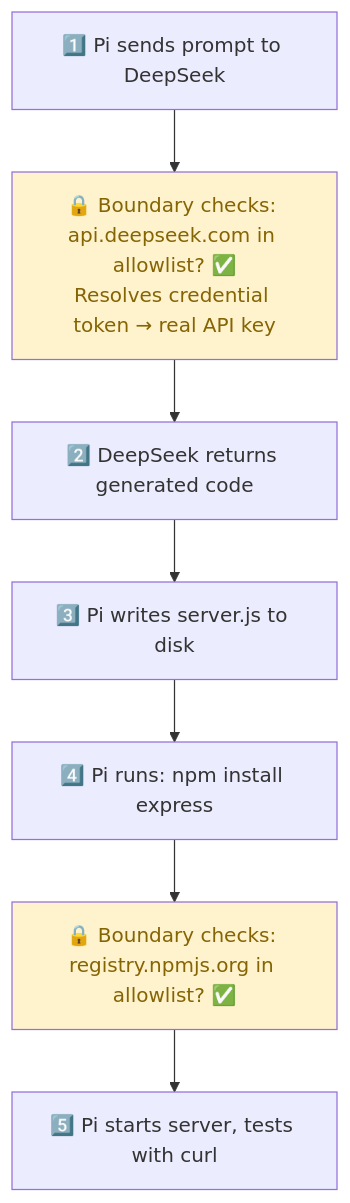
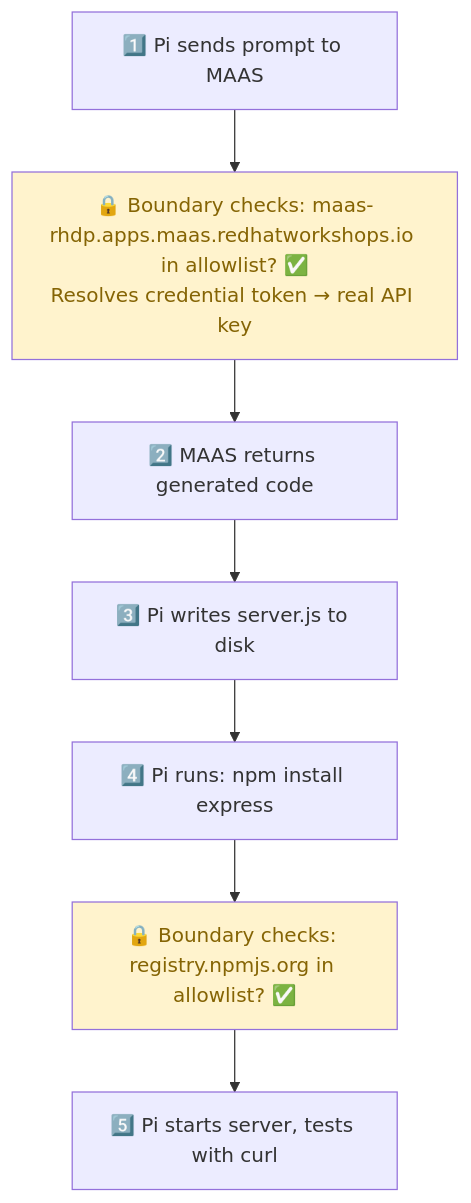
Before and after one commit to avijra/openshell-ztm-lab: the diagram in docs/5-ai-agent-coding/README.md, drawn with Mermaid. The commit also changed other lines of this file and 11 other files, not shown here.

First line of the commit message:
refactor: make MAAS the default LLM provider, DeepSeek optional

````diff
--- a/docs/5-ai-agent-coding/README.md
+++ b/docs/5-ai-agent-coding/README.md
@@ -100,15 +100,15 @@
 ```mermaid
 graph TD
-    S1["1️⃣ Pi sends prompt to DeepSeek"]
-    S2["🔒 Boundary checks: api.deepseek.com in allowlist? ✅<br/>Resolves credential token → real API key"]
-    S3["2️⃣ DeepSeek returns generated code"]
+    S1["1️⃣ Pi sends prompt to MAAS"]
+    S2["🔒 Boundary checks: maas-rhdp.apps.maas.redhatworkshops.io in allowlist? ✅<br/>Resolves credential token → real API key"]
+    S3["2️⃣ MAAS returns generated code"]
     S4["3️⃣ Pi writes server.js to disk"]
     S5["4️⃣ Pi runs: npm install express"]
     S6["🔒 Boundary checks: registry.npmjs.org in allowlist? ✅"]
     S7["5️⃣ Pi starts server, tests with curl"]
 
     S1 --> S2 --> S3 --> S4 --> S5 --> S6 --> S7
 
     style S2 fill:#fff3cd,color:#856404
     style S6 fill:#fff3cd,color:#856404
 ```
````
